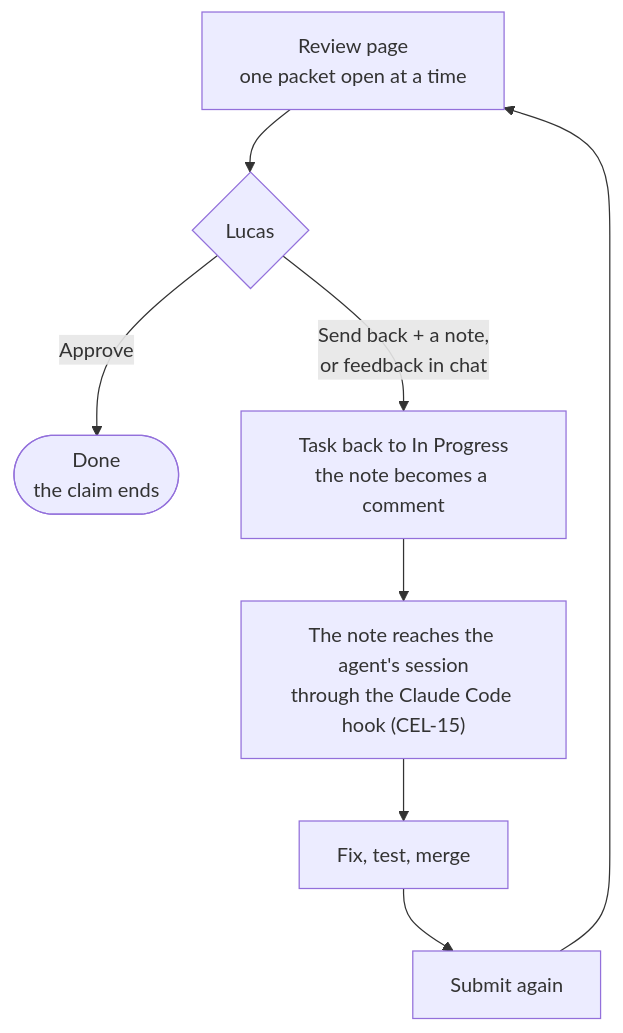
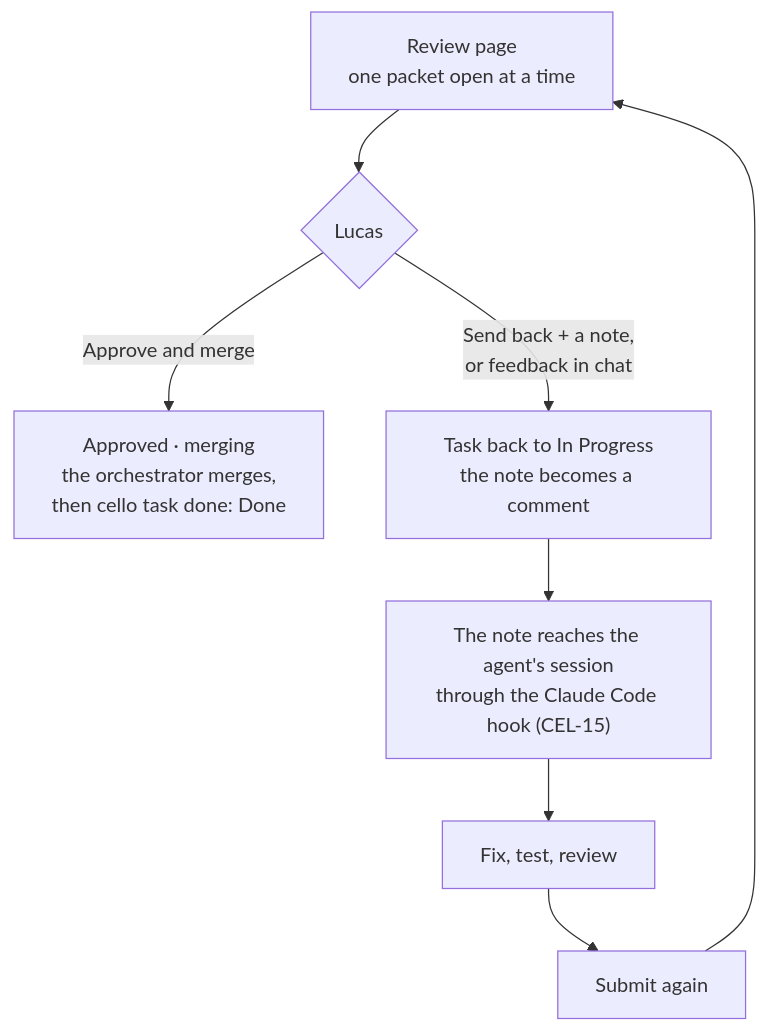
One commit to lnmunhoz/cello changed the fourth of 5 diagrams in docs/feature-lifecycle.md. Above: the diagram before and after it, drawn with Mermaid. The commit also changed other lines of this file and 3 other files, not shown here.

Commit message:
docs(agents): Cello merges only after Lucas approves; the flow follows the Merge after I approve setting (CEL-161)

````diff
--- a/docs/feature-lifecycle.md
+++ b/docs/feature-lifecycle.md
@@ -171,10 +153,10 @@
 ```mermaid
 flowchart TD
     A["Review page<br/>one packet open at a time"] --> B{"Lucas"}
-    B -->|Approve| D(["Done<br/>the claim ends"])
+    B -->|"Approve and merge"| D["Approved · merging<br/>the orchestrator merges,<br/>then cello task done: Done"]
     B -->|"Send back + a note,<br/>or feedback in chat"| C["Task back to In Progress<br/>the note becomes a comment"]
     C --> E["The note reaches the agent's session<br/>through the Claude Code hook (CEL-15)"]
-    E --> F["Fix, test, merge"]
+    E --> F["Fix, test, review"]
     F --> G["Submit again"]
     G --> A
 ```
````
